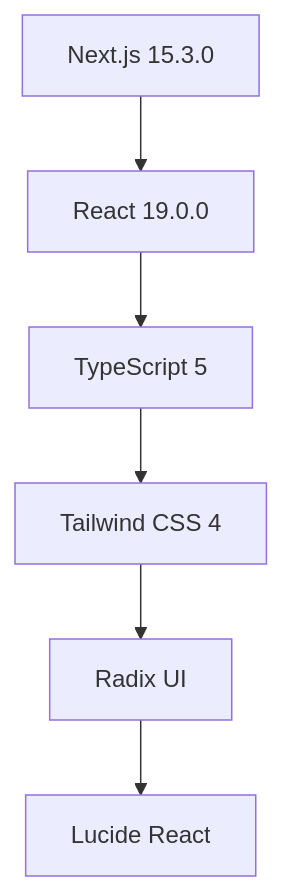
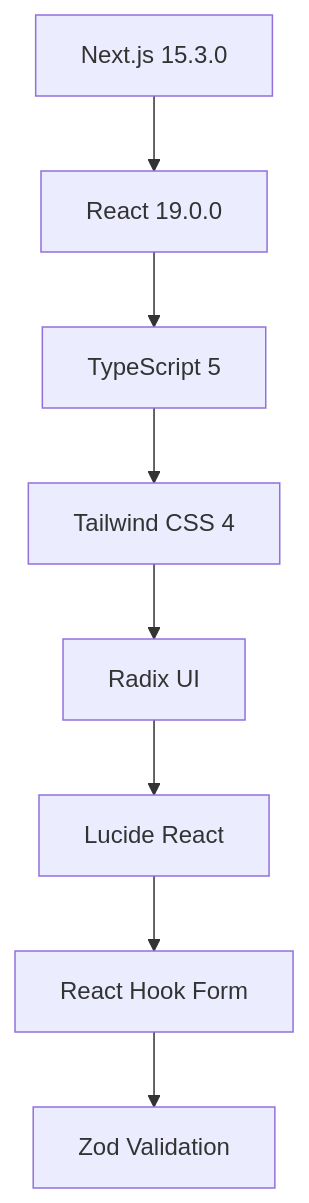
One commit to IS03/FinanzaPersonal changed the diagram in README.md. Above: the diagram before and after it, drawn with Mermaid. The commit also changed other lines of this file and 3 other files, not shown here.

````diff
--- a/README.md
+++ b/README.md
@@ -66,8 +71,10 @@
 ```mermaid
 graph TD
     A[Next.js 15.3.0] --> B[React 19.0.0]
     B --> C[TypeScript 5]
     C --> D[Tailwind CSS 4]
     D --> E[Radix UI]
     E --> F[Lucide React]
+    F --> G[React Hook Form]
+    G --> H[Zod Validation]
 ```
````
